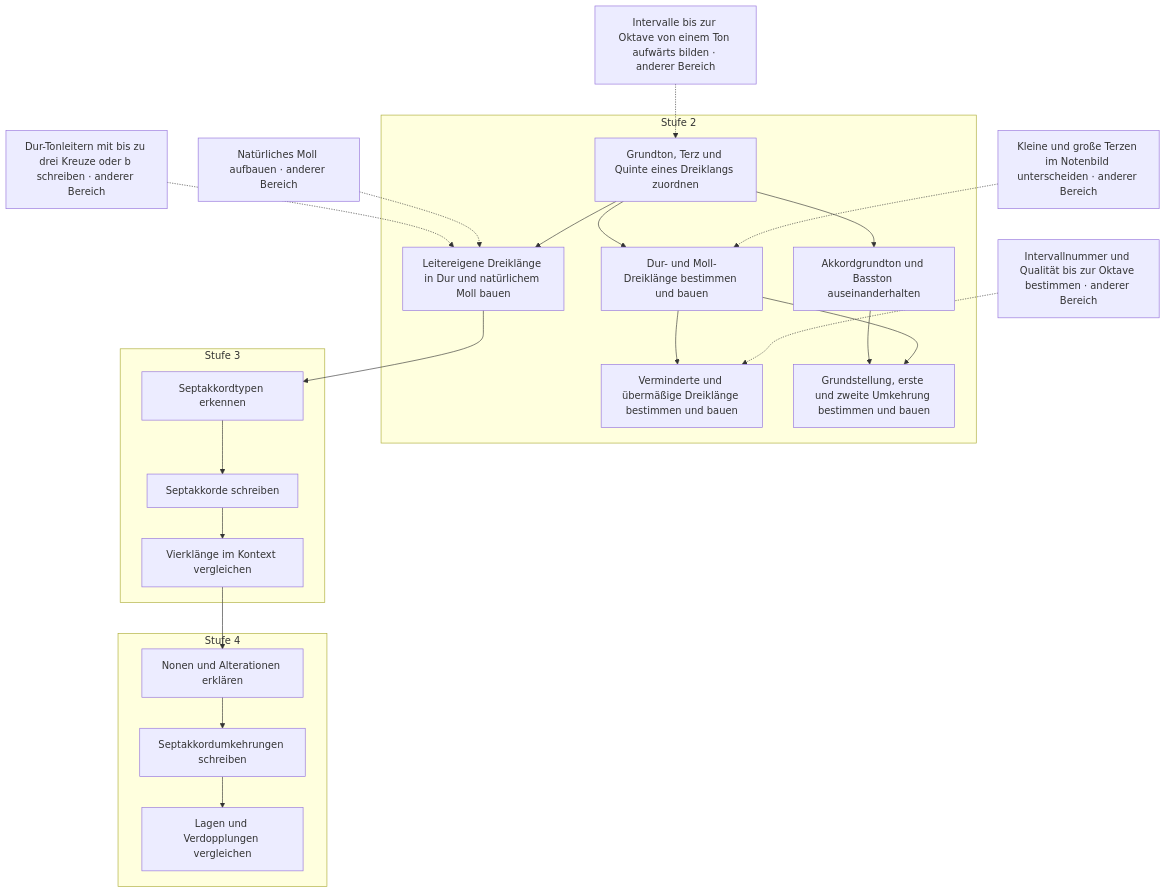
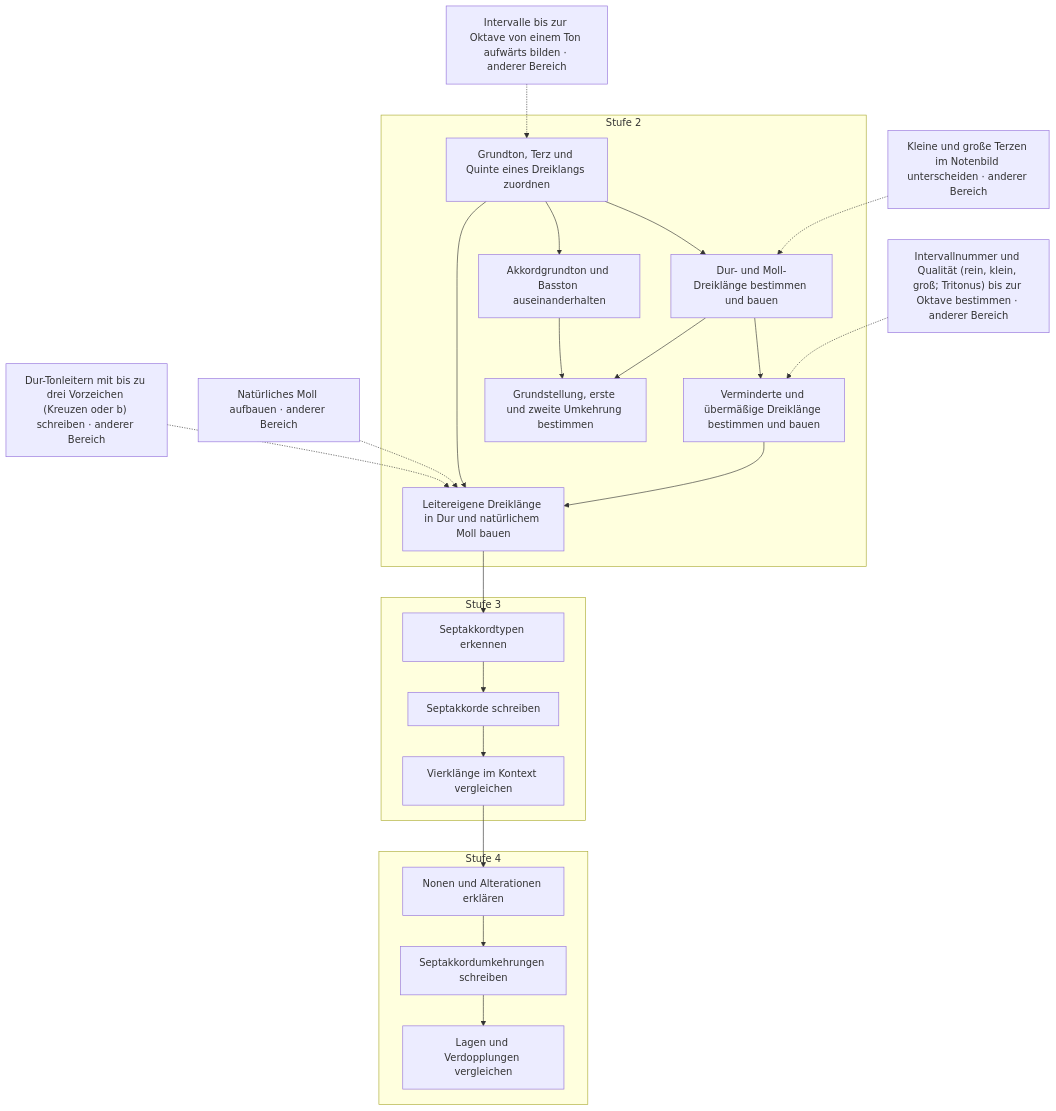
Before and after one commit to PhiFa96/harmonia: the seventh of 16 diagrams in docs/plan/faehigkeitsgraph-diagramme.md, drawn with Mermaid. The commit also changed other lines of this file and 16 other files, not shown here.

First line of the commit message:
fix(content): Graphkorrekturen Stufe 1 und 2 aus der Fachprüfung (Katalogversion 17)

````diff
--- a/docs/plan/faehigkeitsgraph-diagramme.md
+++ b/docs/plan/faehigkeitsgraph-diagramme.md
@@ -530,43 +542,44 @@
 ```mermaid
 flowchart TD
   subgraph level2["Stufe 2"]
     s69["Grundton, Terz und Quinte eines Dreiklangs zuordnen"]
     s70["Dur- und Moll-Dreiklänge bestimmen und bauen"]
     s71["Verminderte und übermäßige Dreiklänge bestimmen und bauen"]
     s72["Akkordgrundton und Basston auseinanderhalten"]
-    s73["Grundstellung, erste und zweite Umkehrung bestimmen und bauen"]
+    s73["Grundstellung, erste und zweite Umkehrung bestimmen"]
     s74["Leitereigene Dreiklänge in Dur und natürlichem Moll bauen"]
   end
   subgraph level3["Stufe 3"]
     s93["Septakkordtypen erkennen"]
     s94["Septakkorde schreiben"]
     s95["Vierklänge im Kontext vergleichen"]
   end
   subgraph level4["Stufe 4"]
     s132["Nonen und Alterationen erklären"]
     s133["Septakkordumkehrungen schreiben"]
     s134["Lagen und Verdopplungen vergleichen"]
   end
   s54["Intervalle bis zur Oktave von einem Ton aufwärts bilden · anderer Bereich"]
   s26["Kleine und große Terzen im Notenbild unterscheiden · anderer Bereich"]
-  s53["Intervallnummer und Qualität bis zur Oktave bestimmen · anderer Bereich"]
-  s60["Dur-Tonleitern mit bis zu drei Kreuze oder b schreiben · anderer Bereich"]
+  s53["Intervallnummer und Qualität (rein, klein, groß; Tritonus) bis zur Oktave bestimmen · anderer Bereich"]
+  s60["Dur-Tonleitern mit bis zu drei Vorzeichen (Kreuzen oder b) schreiben · anderer Bereich"]
   s62["Natürliches Moll aufbauen · anderer Bereich"]
   s54 -.-> s69
   s69 --> s70
   s26 -.-> s70
   s70 --> s71
   s53 -.-> s71
   s69 --> s72
   s72 --> s73
   s70 --> s73
   s60 -.-> s74
   s62 -.-> s74
   s69 --> s74
+  s71 --> s74
   s74 --> s93
   s93 --> s94
   s94 --> s95
   s95 --> s132
   s132 --> s133
   s133 --> s134
 ```
````
